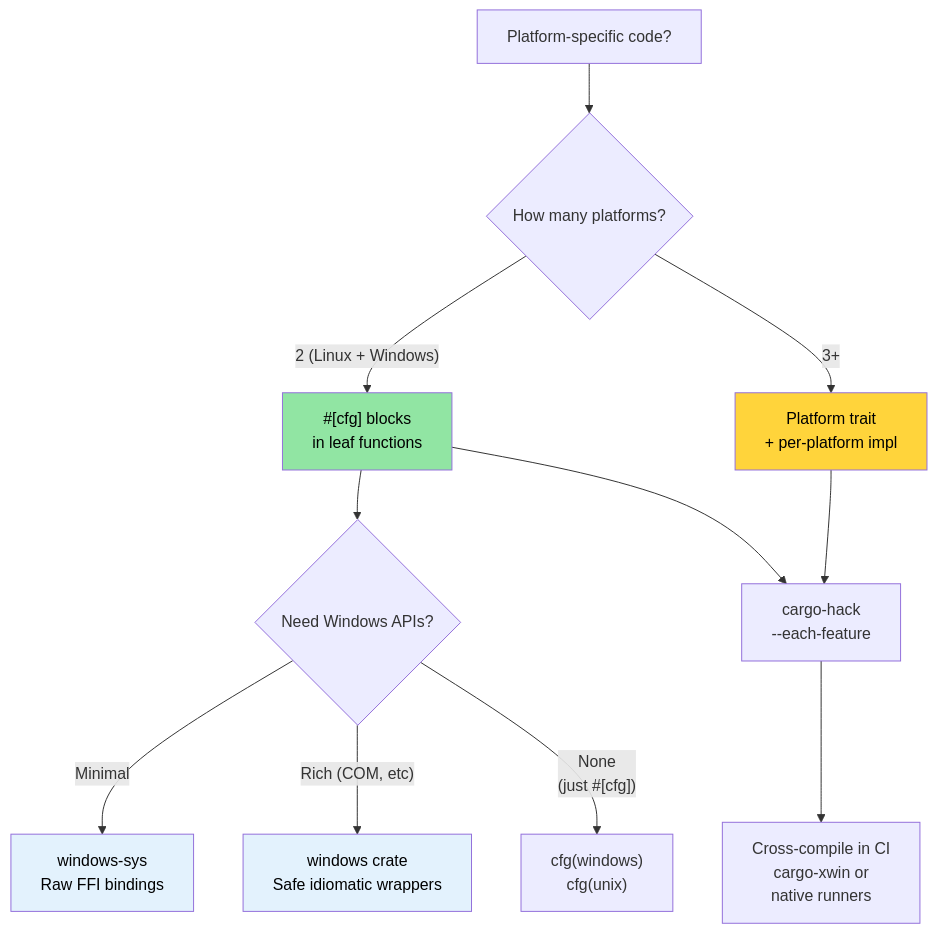
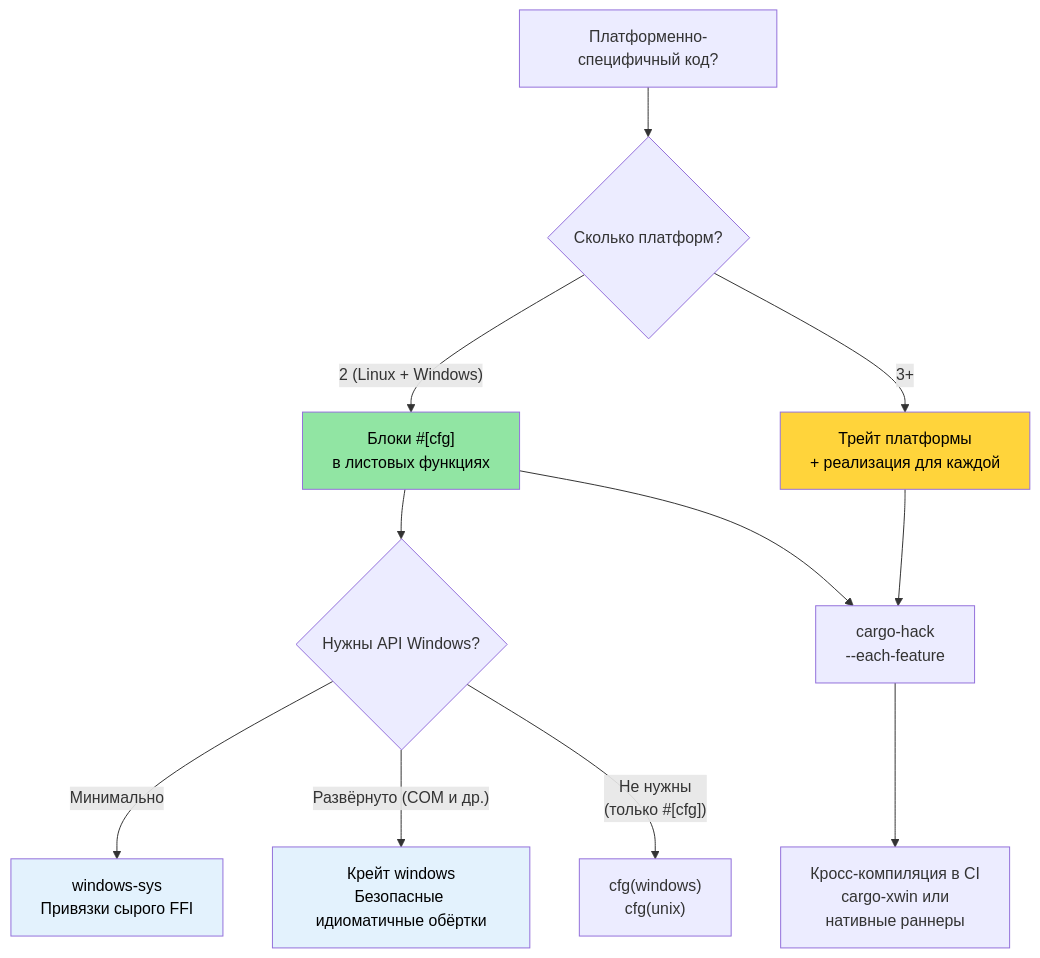
The diagram in engineering-book/src/ch10-windows-and-conditional-compilation.md (r007/RustTraining-Rus), drawn with Mermaid before and after one commit. The commit also changed other lines of this file and 7 other files, not shown here.

````diff
--- a/engineering-book/src/ch10-windows-and-conditional-compilation.md
+++ b/engineering-book/src/ch10-windows-and-conditional-compilation.md
@@ -373,21 +371,21 @@
 ```mermaid
 flowchart TD
-    START["Platform-specific code?"] --> HOW_MANY{"How many platforms?"}
-    
-    HOW_MANY -->|"2 (Linux + Windows)"| CFG_BLOCKS["#[cfg] blocks<br/>in leaf functions"]
-    HOW_MANY -->|"3+"| TRAIT_APPROACH["Platform trait<br/>+ per-platform impl"]
-    
-    CFG_BLOCKS --> WINAPI{"Need Windows APIs?"}
-    WINAPI -->|"Minimal"| WIN_SYS["windows-sys<br/>Raw FFI bindings"]
-    WINAPI -->|"Rich (COM, etc)"| WIN_RS["windows crate<br/>Safe idiomatic wrappers"]
-    WINAPI -->|"None<br/>(just #[cfg])"| NATIVE["cfg(windows)<br/>cfg(unix)"]
-    
+    START["Платформенно-специфичный код?"] --> HOW_MANY{"Сколько платформ?"}
+
+    HOW_MANY -->|"2 (Linux + Windows)"| CFG_BLOCKS["Блоки #[cfg]<br/>в листовых функциях"]
+    HOW_MANY -->|"3+"| TRAIT_APPROACH["Трейт платформы<br/>+ реализация для каждой"]
+
+    CFG_BLOCKS --> WINAPI{"Нужны API Windows?"}
+    WINAPI -->|"Минимально"| WIN_SYS["windows-sys<br/>Привязки сырого FFI"]
+    WINAPI -->|"Развёрнуто (COM и др.)"| WIN_RS["Крейт windows<br/>Безопасные идиоматичные обёртки"]
+    WINAPI -->|"Не нужны<br/>(только #[cfg])"| NATIVE["cfg(windows)<br/>cfg(unix)"]
+
     TRAIT_APPROACH --> CI_CHECK["cargo-hack<br/>--each-feature"]
     CFG_BLOCKS --> CI_CHECK
-    CI_CHECK --> XCOMPILE["Cross-compile in CI<br/>cargo-xwin or<br/>native runners"]
-    
+    CI_CHECK --> XCOMPILE["Кросс-компиляция в CI<br/>cargo-xwin или<br/>нативные раннеры"]
+
     style CFG_BLOCKS fill:#91e5a3,color:#000
     style TRAIT_APPROACH fill:#ffd43b,color:#000
     style WIN_SYS fill:#e3f2fd,color:#000
     style WIN_RS fill:#e3f2fd,color:#000
 ```
````
